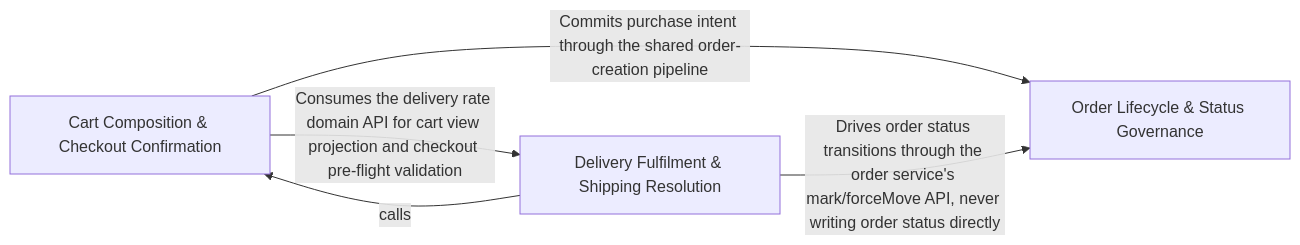
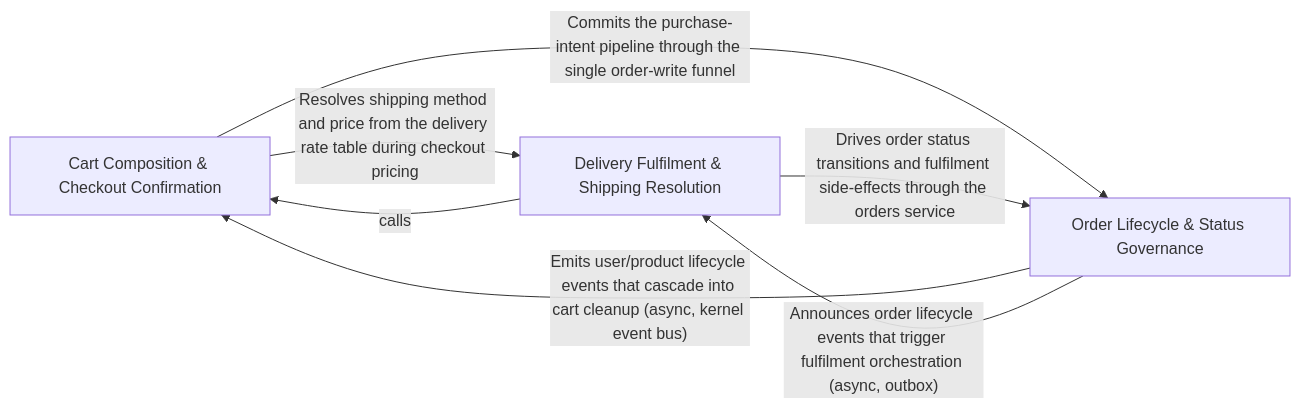
The diagram in .2brain/arch/Flow_Driven_Module_Services.md (Guebbit/boilerplate-node-backend), drawn with Mermaid before and after one commit. The commit also changed other lines of this file and 627 other files, not shown here.

````diff
--- a/.2brain/arch/Flow_Driven_Module_Services.md
+++ b/.2brain/arch/Flow_Driven_Module_Services.md
@@ -10,10 +10,12 @@
 ```mermaid
 graph LR
     Cart_Composition_Checkout_Confirmation["Cart Composition & Checkout Confirmation"]
     Delivery_Fulfilment_Shipping_Resolution["Delivery Fulfilment & Shipping Resolution"]
     Order_Lifecycle_Status_Governance["Order Lifecycle & Status Governance"]
-    Cart_Composition_Checkout_Confirmation -- "Consumes the delivery rate domain API for cart view projection and checkout pre-flight validation" --> Delivery_Fulfilment_Shipping_Resolution
-    Cart_Composition_Checkout_Confirmation -- "Commits purchase intent through the shared order-creation pipeline" --> Order_Lifecycle_Status_Governance
+    Cart_Composition_Checkout_Confirmation -- "Resolves shipping method and price from the delivery rate table during checkout pricing" --> Delivery_Fulfilment_Shipping_Resolution
+    Cart_Composition_Checkout_Confirmation -- "Commits the purchase-intent pipeline through the single order-write funnel" --> Order_Lifecycle_Status_Governance
     Delivery_Fulfilment_Shipping_Resolution -- "calls" --> Cart_Composition_Checkout_Confirmation
-    Delivery_Fulfilment_Shipping_Resolution -- "Drives order status transitions through the order service's mark/forceMove API, never writing order status directly" --> Order_Lifecycle_Status_Governance
+    Delivery_Fulfilment_Shipping_Resolution -- "Drives order status transitions and fulfilment side-effects through the orders service" --> Order_Lifecycle_Status_Governance
+    Order_Lifecycle_Status_Governance -- "Emits user/product lifecycle events that cascade into cart cleanup (async, kernel event bus)" --> Cart_Composition_Checkout_Confirmation
+    Order_Lifecycle_Status_Governance -- "Announces order lifecycle events that trigger fulfilment orchestration (async, outbox)" --> Delivery_Fulfilment_Shipping_Resolution
 ```
````
